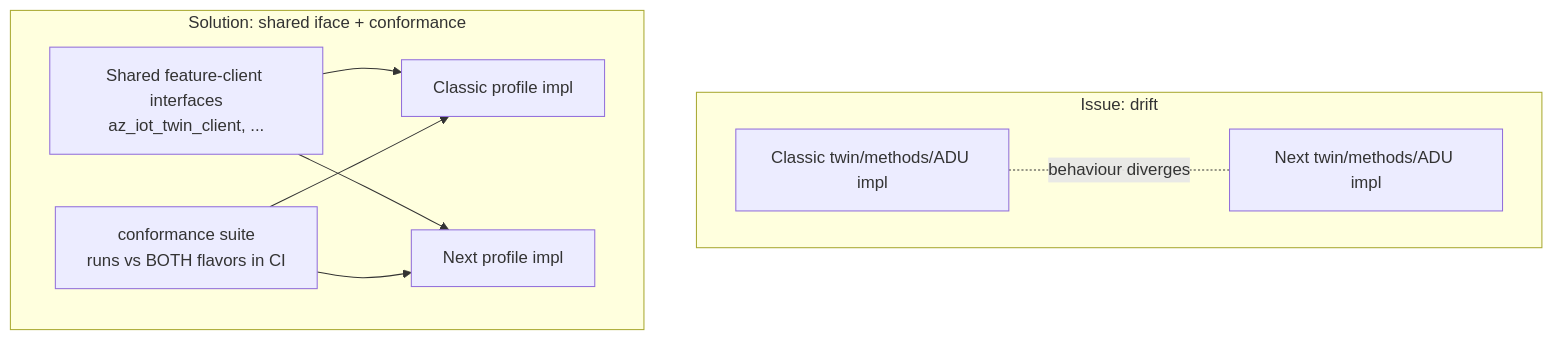
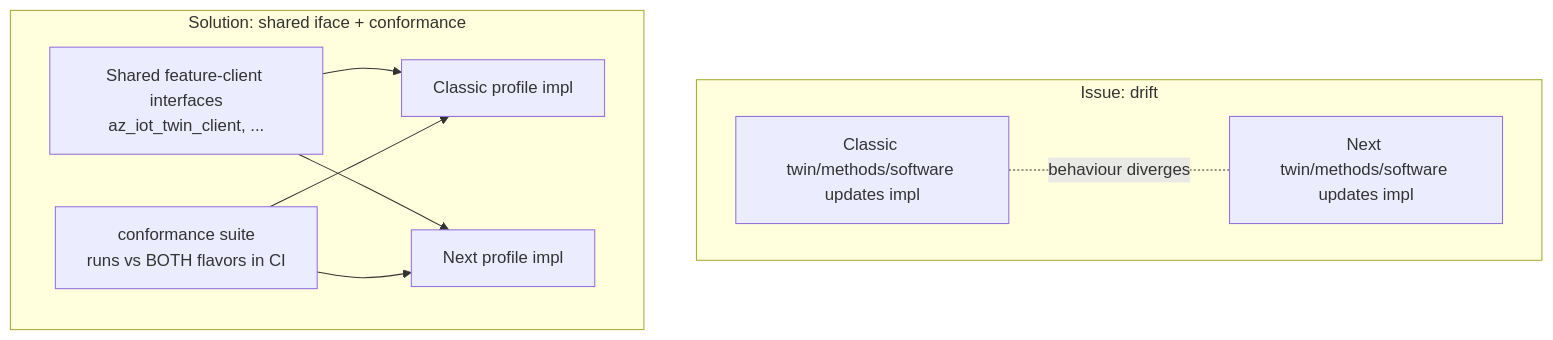
Before and after one commit to Azure/azure-iot-sdk: diagram 11 of 20 in c/docs/eng/split-client.md, drawn with Mermaid. The commit also changed other lines of this file and 144 other files, not shown here.

First line of the commit message:
C: rename ADU to software updates (su)

````diff
--- a/c/docs/eng/split-client.md
+++ b/c/docs/eng/split-client.md
@@ -410,19 +410,19 @@
 ```mermaid
 flowchart TB
     subgraph ISSUE["Issue: drift"]
-        T1["Classic twin/methods/ADU impl"]
-        T2["Next twin/methods/ADU impl"]
+        T1["Classic twin/methods/software updates impl"]
+        T2["Next twin/methods/software updates impl"]
         T1 -. "behaviour diverges" .- T2
     end
 
     subgraph FIX["Solution: shared iface + conformance"]
         IF["Shared feature-client interfaces<br/>az_iot_twin_client, ..."]
         IC["Classic profile impl"]
         IN["Next profile impl"]
         CONF["conformance suite<br/>runs vs BOTH flavors in CI"]
         IF --> IC
         IF --> IN
         CONF --> IC
         CONF --> IN
     end
 ```
````
